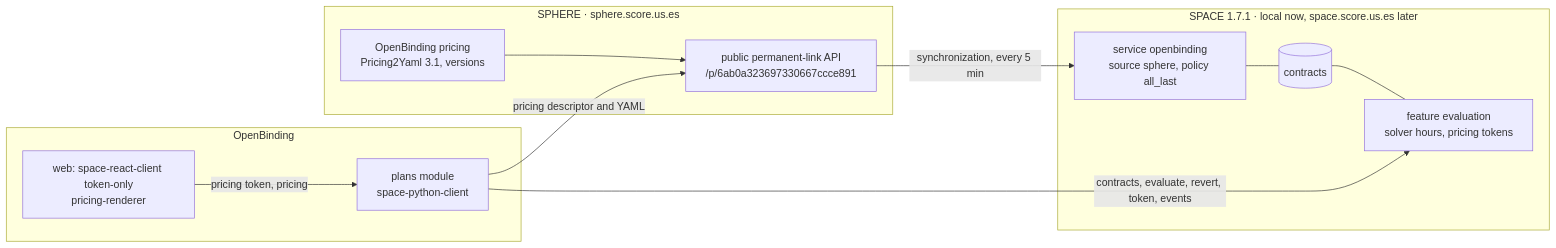
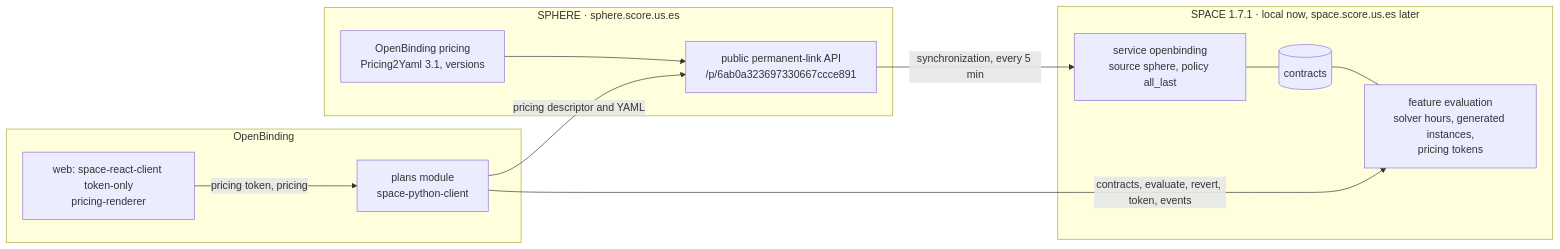
Before and after one commit to isa-group/OpenBinding: the sixth of 6 diagrams in docs/ARCHITECTURE.md, drawn with Mermaid. The commit also changed other lines of this file and 5 other files, not shown here.

````diff
--- a/docs/ARCHITECTURE.md
+++ b/docs/ARCHITECTURE.md
@@ -461,22 +461,22 @@
 ```mermaid
 flowchart LR
   subgraph SPHS["SPHERE · sphere.score.us.es"]
     PR[OpenBinding pricing<br/>Pricing2Yaml 3.1, versions]
     PL[public permanent-link API<br/>/p/6ab0a323697330667ccce891]
   end
   subgraph SPAS["SPACE 1.7.1 · local now, space.score.us.es later"]
     SV[service openbinding<br/>source sphere, policy all_last]
     CT[(contracts)]
-    EV[feature evaluation<br/>solver hours, pricing tokens]
+    EV[feature evaluation<br/>solver hours, generated instances,<br/>pricing tokens]
   end
   subgraph OBS[OpenBinding]
     PM[plans module<br/>space-python-client]
     UI[web: space-react-client token-only<br/>pricing-renderer]
   end
   PR --> PL
   PL -- synchronization, every 5 min --> SV
   SV --- CT --- EV
   PM -- contracts, evaluate, revert, token, events --> EV
   PM -- pricing descriptor and YAML --> PL
   UI -- pricing token, pricing --> PM
 ```
````
